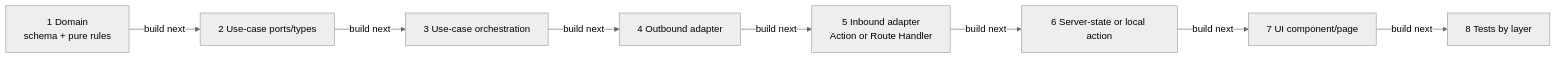
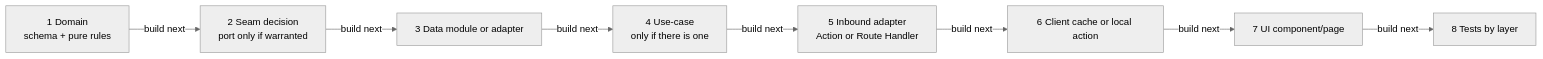
One commit to clicktronix/nextjs-clean-skills changed the first of 5 diagrams in docs/agent-decision-maps.md. Above: the diagram before and after it, drawn with Mermaid (neutral theme). The commit also changed other lines of this file and 68 other files, not shown here.

````diff
--- a/docs/agent-decision-maps.md
+++ b/docs/agent-decision-maps.md
@@ -11,10 +11,10 @@
 ```mermaid
 flowchart LR
-  Domain["1 Domain\nschema + pure rules"] -->|build next| Ports["2 Use-case ports/types"]
-  Ports -->|build next| UseCase["3 Use-case orchestration"]
-  UseCase -->|build next| Outbound["4 Outbound adapter"]
-  Outbound -->|build next| Inbound["5 Inbound adapter\nAction or Route Handler"]
-  Inbound -->|build next| UIState["6 Server-state or local action"]
+  Domain["1 Domain\nschema + pure rules"] -->|build next| Seam["2 Seam decision\nport only if warranted"]
+  Seam -->|build next| Data["3 Data module or adapter"]
+  Data -->|build next| UseCase["4 Use-case\nonly if there is one"]
+  UseCase -->|build next| Inbound["5 Inbound adapter\nAction or Route Handler"]
+  Inbound -->|build next| UIState["6 Client cache or local action"]
   UIState -->|build next| UI["7 UI component/page"]
   UI -->|build next| Tests["8 Tests by layer"]
 ```
````
